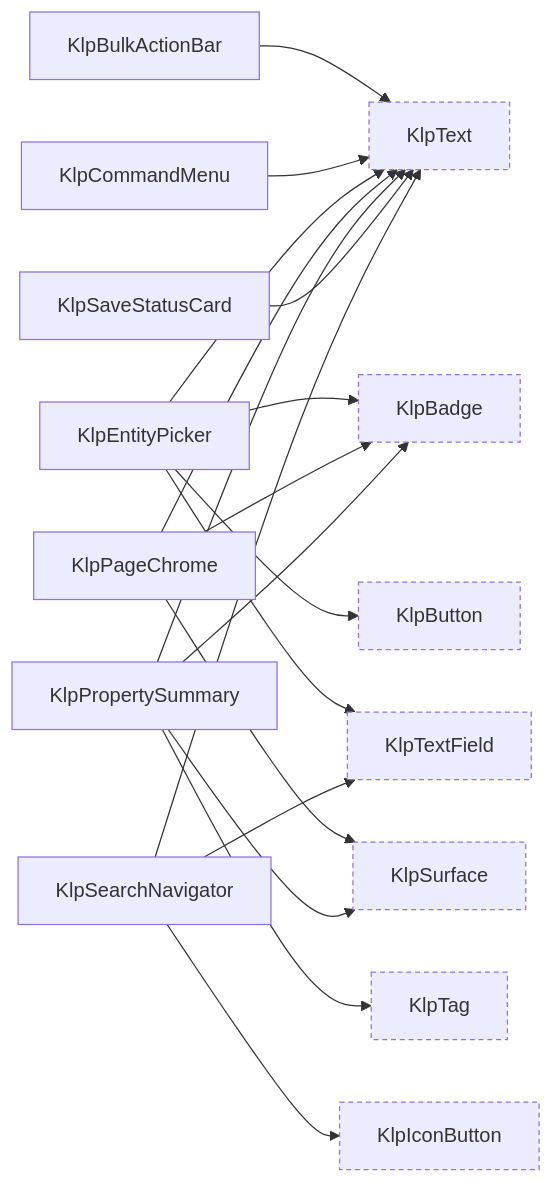
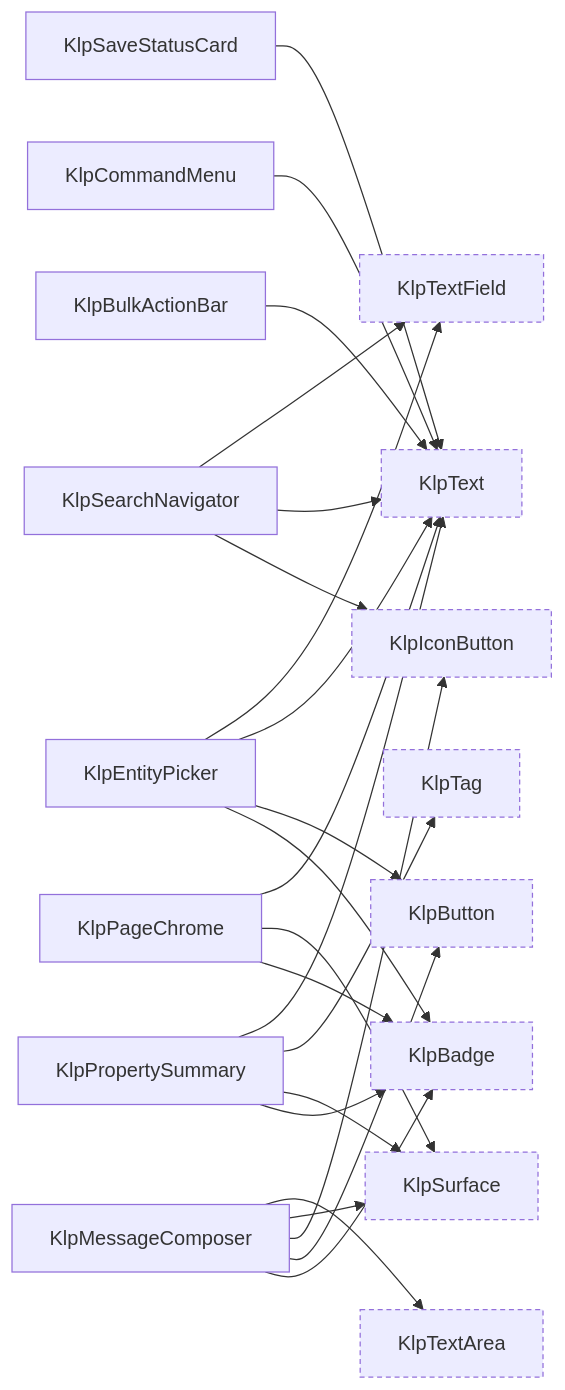
One commit to MiuDog/Kallopis changed diagram 13 of 17 in spec/component-inventory.md. Above: the diagram before and after it, drawn with Mermaid. The commit also changed other lines of this file and 99 other files, not shown here.

````diff
--- a/spec/component-inventory.md
+++ b/spec/component-inventory.md
@@ -909,35 +945,42 @@
 ```mermaid
 graph LR
   KlpBadge["KlpBadge"]:::external
   KlpBulkActionBar["KlpBulkActionBar"]
   KlpButton["KlpButton"]:::external
   KlpCommandMenu["KlpCommandMenu"]
   KlpEntityPicker["KlpEntityPicker"]
   KlpIconButton["KlpIconButton"]:::external
+  KlpMessageComposer["KlpMessageComposer"]
   KlpPageChrome["KlpPageChrome"]
   KlpPropertySummary["KlpPropertySummary"]
   KlpSaveStatusCard["KlpSaveStatusCard"]
   KlpSearchNavigator["KlpSearchNavigator"]
   KlpSurface["KlpSurface"]:::external
   KlpTag["KlpTag"]:::external
   KlpText["KlpText"]:::external
+  KlpTextArea["KlpTextArea"]:::external
   KlpTextField["KlpTextField"]:::external
   KlpBulkActionBar --> KlpText
   KlpCommandMenu --> KlpText
   KlpEntityPicker --> KlpBadge
   KlpEntityPicker --> KlpButton
   KlpEntityPicker --> KlpText
   KlpEntityPicker --> KlpTextField
+  KlpMessageComposer --> KlpBadge
+  KlpMessageComposer --> KlpButton
+  KlpMessageComposer --> KlpIconButton
+  KlpMessageComposer --> KlpSurface
+  KlpMessageComposer --> KlpTextArea
   KlpPageChrome --> KlpBadge
   KlpPageChrome --> KlpSurface
   KlpPageChrome --> KlpText
   KlpPropertySummary --> KlpBadge
   KlpPropertySummary --> KlpSurface
   KlpPropertySummary --> KlpTag
   KlpPropertySummary --> KlpText
   KlpSaveStatusCard --> KlpText
   KlpSearchNavigator --> KlpIconButton
   KlpSearchNavigator --> KlpText
   KlpSearchNavigator --> KlpTextField
   classDef external stroke-dasharray: 4 3;
 ```
````
